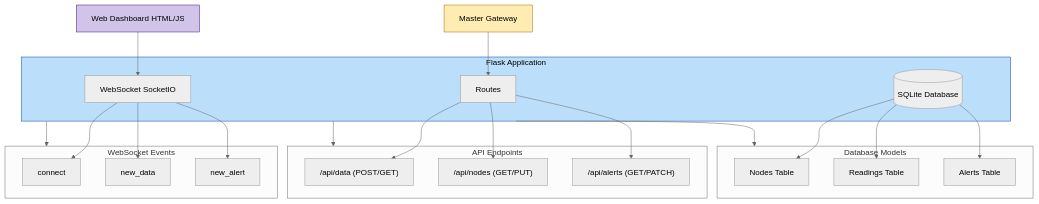
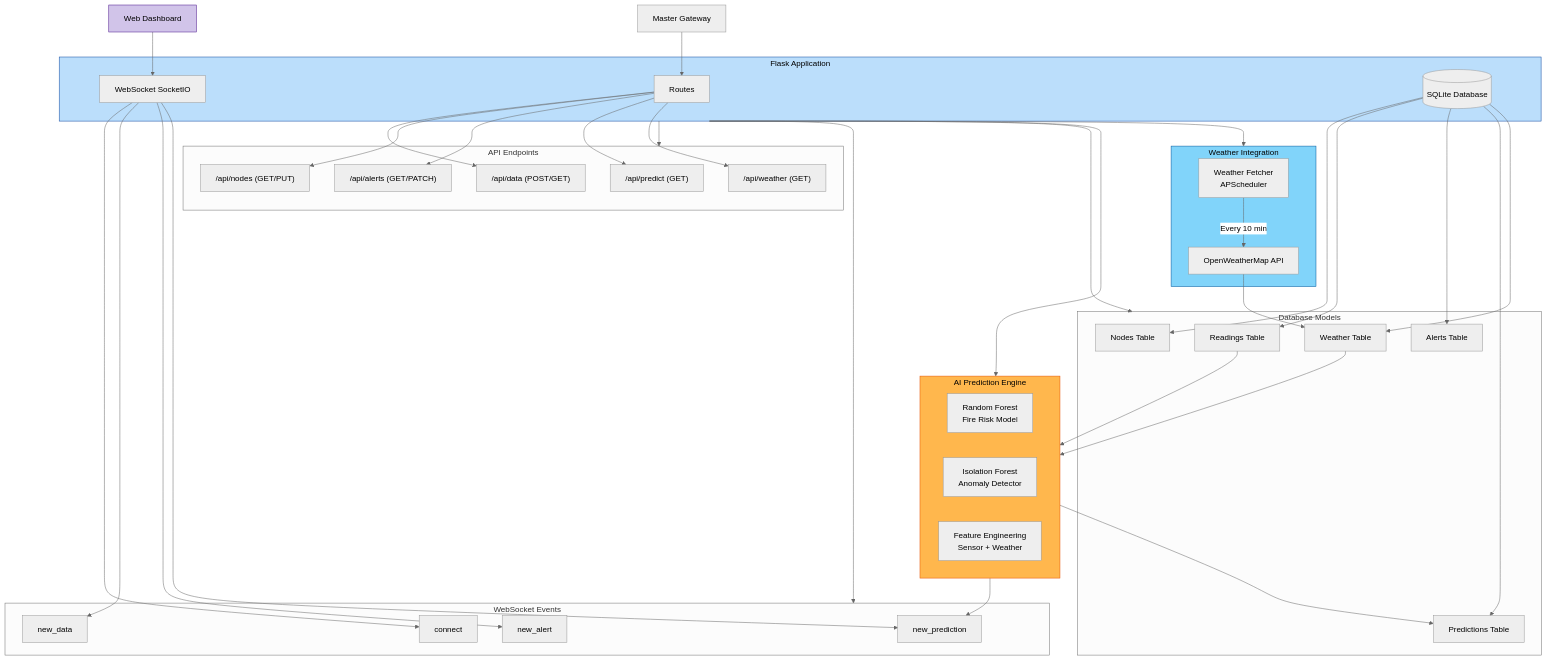
The sixth of 10 diagrams in README.md (ficrammanifur/offline-emergency-lora-system), drawn with Mermaid (neutral theme) before and after one commit. The commit also changed other lines of this file, not shown here.

````diff
--- a/README.md
+++ b/README.md
@@ -328,47 +367,67 @@
 ```mermaid
 graph TD
     subgraph Flask[Flask Application]
         Routes[Routes]
         WS[WebSocket SocketIO]
         DB[(SQLite Database)]
     end
 
     subgraph RoutesDetail[API Endpoints]
         D1["/api/data (POST/GET)"]
         D2["/api/nodes (GET/PUT)"]
         D3["/api/alerts (GET/PATCH)"]
+        D4["/api/predict (GET)"]
+        D5["/api/weather (GET)"]
     end
 
     subgraph WebSocket[WebSocket Events]
         W1[connect]
         W2[new_data]
         W3[new_alert]
+        W4[new_prediction]
     end
 
     subgraph Database[Database Models]
         T1[Nodes Table]
         T2[Readings Table]
         T3[Alerts Table]
+        T4[Predictions Table]
+        T5[Weather Table]
+    end
+
+    subgraph AI[AI Prediction Engine]
+        A1[Random Forest<br>Fire Risk Model]
+        A2[Isolation Forest<br>Anomaly Detector]
+        A3[Feature Engineering<br>Sensor + Weather]
+    end
+
+    subgraph Weather[Weather Integration]
+        WE[Weather Fetcher<br>APScheduler]
+        WO[OpenWeatherMap API]
     end
 
     Flask --> RoutesDetail
     Flask --> WebSocket
     Flask --> Database
+    Flask --> AI
+    Flask --> Weather
 
-    Routes --> D1
-    Routes --> D2
-    Routes --> D3
-    WS --> W1
-    WS --> W2
-    WS --> W3
-    DB --> T1
-    DB --> T2
-    DB --> T3
+    Routes --> D1 & D2 & D3 & D4 & D5
+    WS --> W1 & W2 & W3 & W4
+    DB --> T1 & T2 & T3 & T4 & T5
+    
+    WE -- Every 10 min --> WO
+    WO --> T5
+    T2 --> AI
+    T5 --> AI
+    AI --> T4
+    AI --> W4
 
-    Dashboard[Web Dashboard HTML/JS] --> WS
+    Dashboard[Web Dashboard] --> WS
     Master[Master Gateway] --> Routes
 
     style Flask fill:#bbdefb,stroke:#0d47a1,color:#000
+    style AI fill:#ffb74d,stroke:#e65100,color:#000
+    style Weather fill:#81d4fa,stroke:#01579b,color:#000
     style Dashboard fill:#d1c4e9,stroke:#4a148c,color:#000
-    style Master fill:#ffecb3,stroke:#b26a00,color:#000
 ```
````
